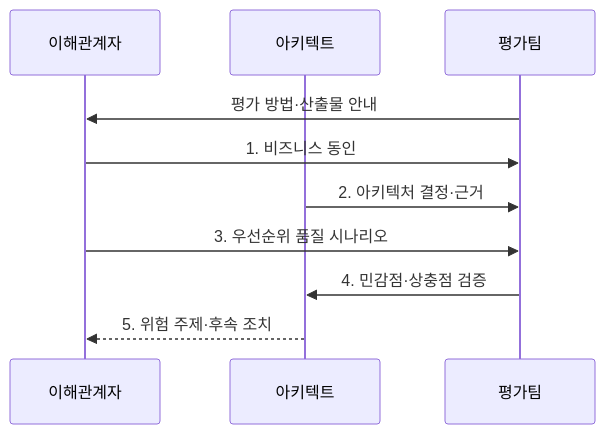
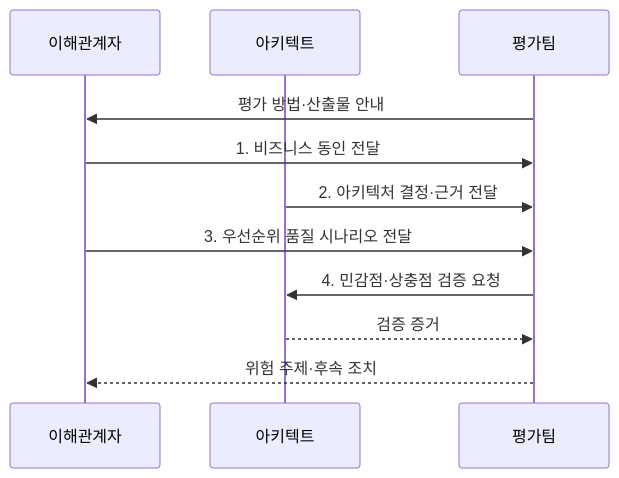
The second of 2 diagrams in src/content/docs/notes/06-evaluation/037_atam_tradeoff_analysis.md (agnusdei1207/knowledge-base), drawn with Mermaid before and after one commit. The commit also changed other lines of this file and 20 other files, not shown here.

````diff
--- a/src/content/docs/notes/06-evaluation/037_atam_tradeoff_analysis.md
+++ b/src/content/docs/notes/06-evaluation/037_atam_tradeoff_analysis.md
@@ -89,12 +87,13 @@
 ```mermaid
 sequenceDiagram
     participant S as 이해관계자
     participant A as 아키텍트
     participant P as 평가팀
     P->>S: 평가 방법·산출물 안내
-    S->>P: 1. 비즈니스 동인
-    A->>P: 2. 아키텍처 결정·근거
-    S->>P: 3. 우선순위 품질 시나리오
-    P->>A: 4. 민감점·상충점 검증
-    A-->>S: 5. 위험 주제·후속 조치
+    S->>P: 1. 비즈니스 동인 전달
+    A->>P: 2. 아키텍처 결정·근거 전달
+    S->>P: 3. 우선순위 품질 시나리오 전달
+    P->>A: 4. 민감점·상충점 검증 요청
+    A-->>P: 검증 증거
+    P-->>S: 위험 주제·후속 조치
 ```
````
